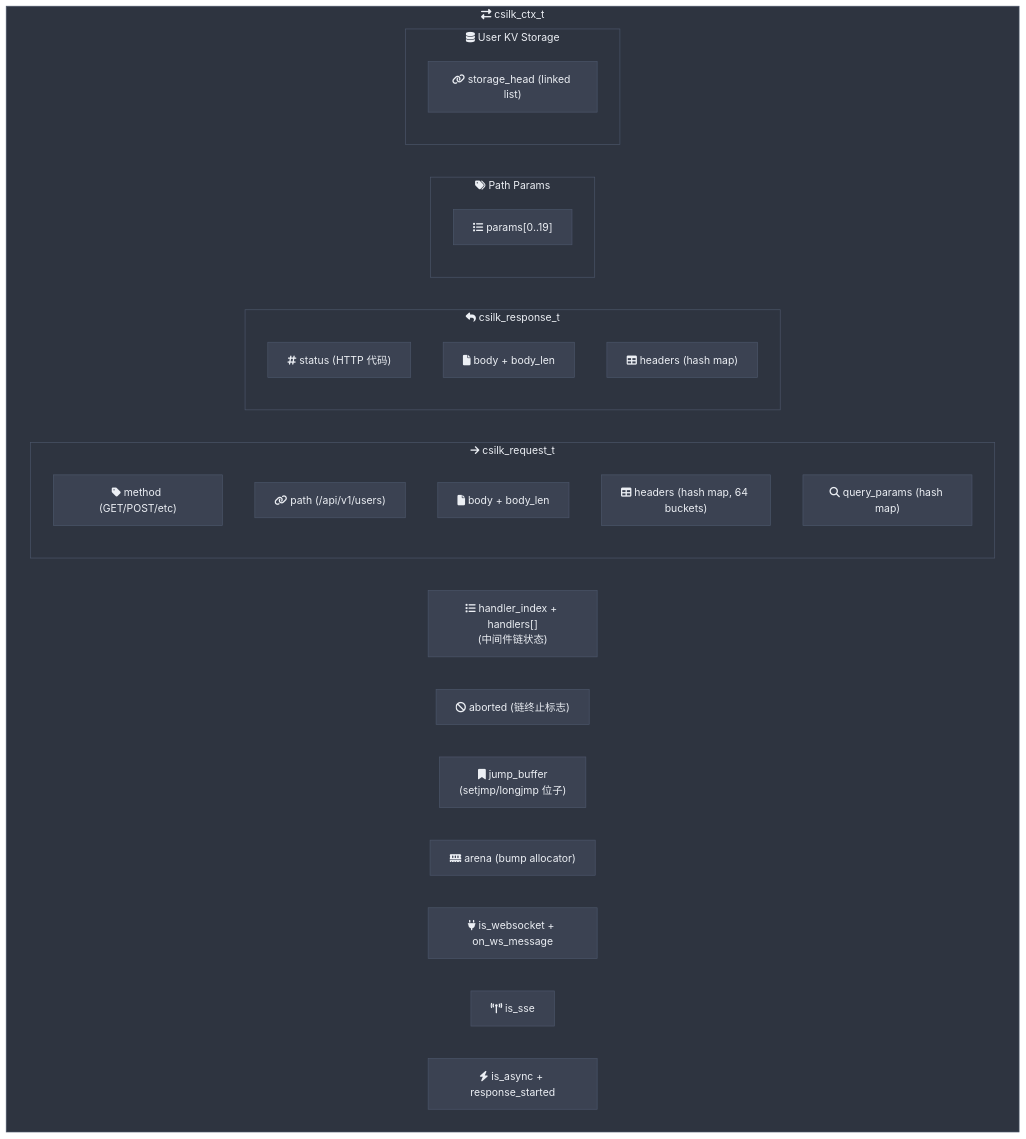
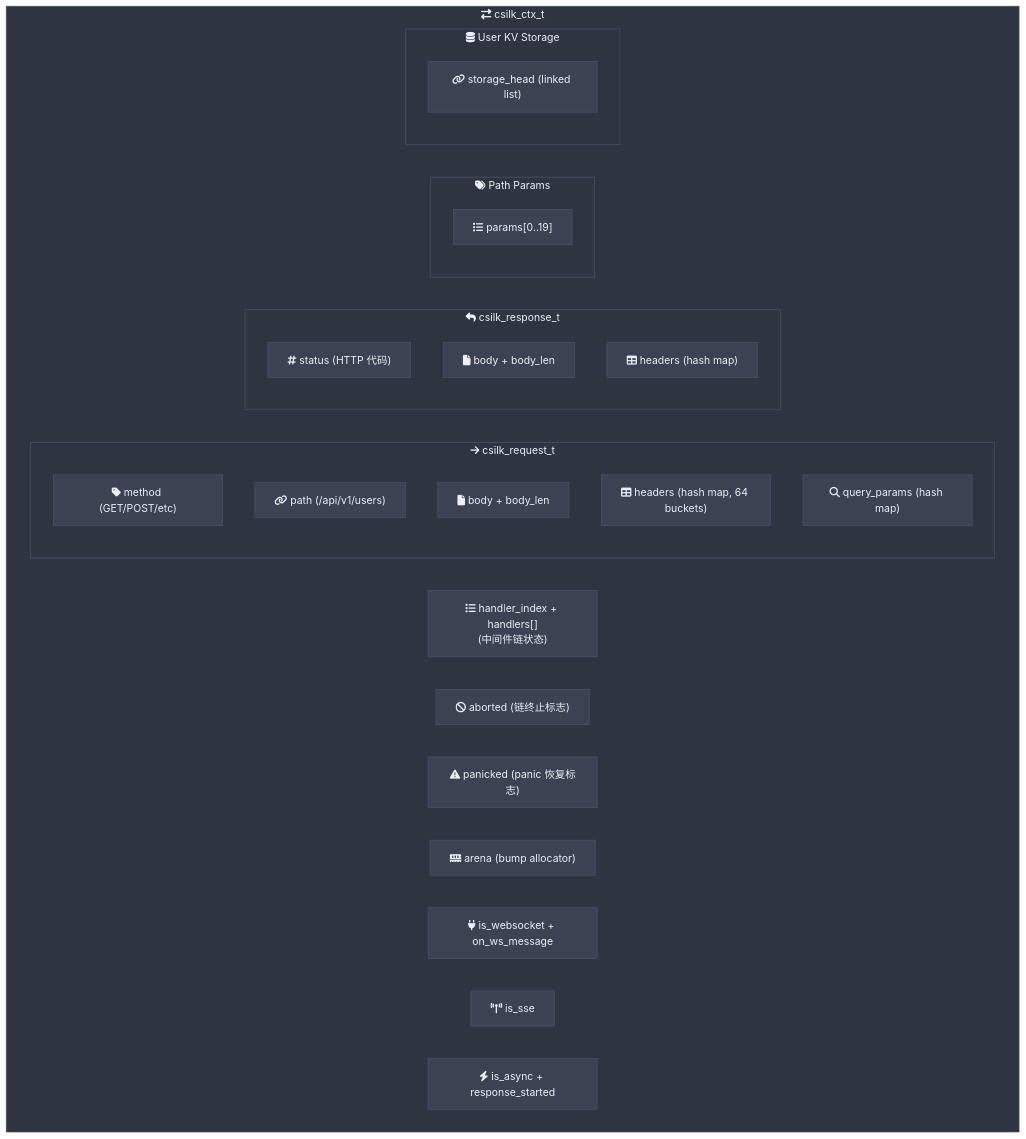
Before and after one commit to quintin-lee/csilk: the first of 5 diagrams in docs/zh-CN/module-design/context.md, drawn with Mermaid. The commit also changed other lines of this file and 5 other files, not shown here.

Commit message:
docs: 📝 align ctx/router docs with current code — remove jump_buffer, fix bucket count, update panic model, document match_result API

````diff
--- a/docs/zh-CN/module-design/context.md
+++ b/docs/zh-CN/module-design/context.md
@@ -7,57 +7,57 @@
 ```mermaid
 %%{init: {
   'theme': 'base',
   'themeVariables': {
     'background': '#2E3440',
     'primaryColor': '#81A1C1',
     'primaryBorderColor': '#4C566A',
     'primaryTextColor': '#ECEFF4',
     'secondaryColor': '#3B4252',
     'secondaryBorderColor': '#434C5E',
     'secondaryTextColor': '#D8DEE9',
     'lineColor': '#81A1C1',
     'textColor': '#ECEFF4',
     'mainBkg': '#3B4252',
     'nodeBorder': '#4C566A',
     'clusterBkg': '#2E3440',
     'clusterBorder': '#4C566A',
     'titleColor': '#ECEFF4',
     'edgeLabelBackground': '#3B4252',
     'nodeTextColor': '#ECEFF4'
   },
   'flowchart': {'htmlLabels': true, 'curve': 'basis'}
 }}%%
 flowchart TB
     subgraph ctx_t["fa:fa-exchange-alt csilk_ctx_t"]
         HW["fa:fa-list handler_index + handlers[]<br/>(中间件链状态)"]
         AB["fa:fa-ban aborted (链终止标志)"]
-        JB["fa:fa-bookmark jump_buffer<br/>(setjmp/longjmp 位子)"]
+        PN["fa:fa-exclamation-triangle panicked (panic 恢复标志)"]
 
         subgraph Request["fa:fa-arrow-right csilk_request_t"]
             RM["fa:fa-tag method (GET/POST/etc)"]
             RP["fa:fa-link path (/api/v1/users)"]
             RB["fa:fa-file body + body_len"]
             RH["fa:fa-table headers (hash map, 64 buckets)"]
             RQ["fa:fa-search query_params (hash map)"]
         end
 
         subgraph Response["fa:fa-reply csilk_response_t"]
             RS["fa:fa-hashtag status (HTTP 代码)"]
             RBODY["fa:fa-file body + body_len"]
             RH2["fa:fa-table headers (hash map)"]
         end
 
         subgraph Params["fa:fa-tags Path Params"]
             P1["fa:fa-list params[0..19]"]
         end
 
         subgraph Storage["fa:fa-database User KV Storage"]
             ST["fa:fa-link storage_head (linked list)"]
         end
 
         AR["fa:fa-memory arena (bump allocator)"]
         WS["fa:fa-plug is_websocket + on_ws_message"]
         SE["fa:fa-broadcast-tower is_sse"]
         AS["fa:fa-bolt is_async + response_started"]
     end
 ```
````
